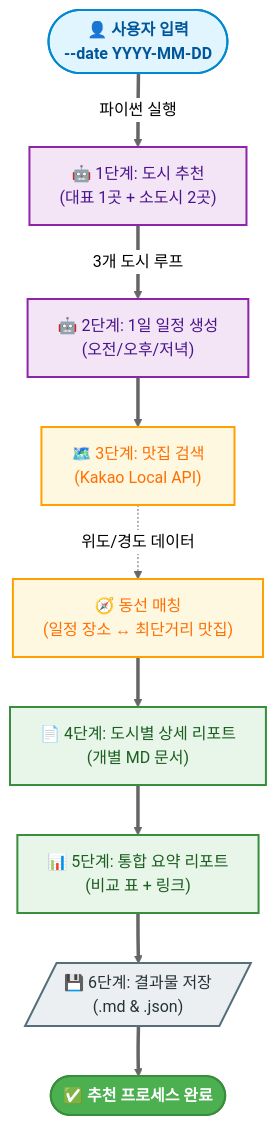
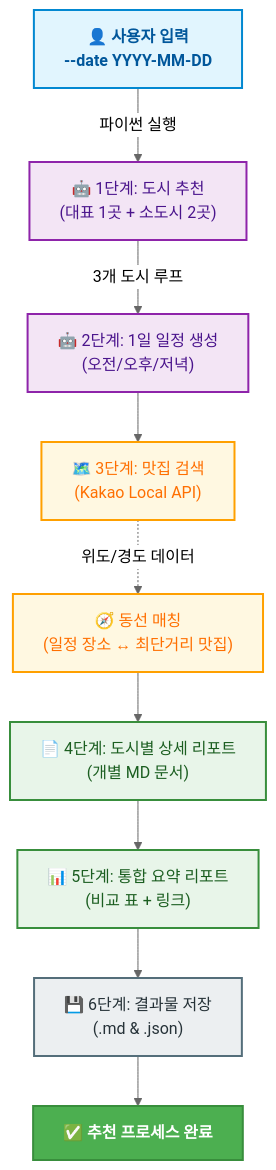
One commit to mustiolla/travel_planner changed the diagram in README.md. Above: the diagram before and after it, drawn with Mermaid (neutral theme).

Commit message:
fix: 흐름도 GitHub 렌더링 오류 추가 수정

````diff
--- a/README.md
+++ b/README.md
@@ -38,39 +38,35 @@
 ```mermaid
 flowchart TD
-    %% 커스텀 색상 및 스타일 정의
     classDef inputNode fill:#E1F5FE,stroke:#0288D1,stroke-width:2px,color:#01579B,font-weight:bold
     classDef aiNode fill:#F3E5F5,stroke:#8E24AA,stroke-width:2px,color:#4A148C
     classDef apiNode fill:#FFF8E1,stroke:#FFA000,stroke-width:2px,color:#FF6F00
     classDef docNode fill:#E8F5E9,stroke:#388E3C,stroke-width:2px,color:#1B5E20
     classDef saveNode fill:#ECEFF1,stroke:#546E7A,stroke-width:2px,color:#263238
     classDef endNode fill:#4CAF50,stroke:#388E3C,stroke-width:2px,color:#FFFFFF,font-weight:bold
 
-    %% 노드 정의
-    A([👤 사용자 입력<br/>--date YYYY-MM-DD])
+    A["👤 사용자 입력<br/>--date YYYY-MM-DD"]
     B["🤖 1단계: 도시 추천<br/>(대표 1곳 + 소도시 2곳)"]
     C["🤖 2단계: 1일 일정 생성<br/>(오전/오후/저녁)"]
     D["🗺️ 3단계: 맛집 검색<br/>(Kakao Local API)"]
     E["🧭 동선 매칭<br/>(일정 장소 ↔ 최단거리 맛집)"]
     F["📄 4단계: 도시별 상세 리포트<br/>(개별 MD 문서)"]
     G["📊 5단계: 통합 요약 리포트<br/>(비교 표 + 링크)"]
-    H[/"💾 6단계: 결과물 저장<br/>(.md & .json)"/]
-    I([✅ 추천 프로세스 완료])
+    H["💾 6단계: 결과물 저장<br/>(.md & .json)"]
+    I["✅ 추천 프로세스 완료"]
 
-    %% 스타일 적용
     class A inputNode
     class B,C aiNode
     class D,E apiNode
     class F,G docNode
     class H saveNode
     class I endNode
 
-    %% 연결선 (흐름)
-    A ==>|파이썬 실행| B
-    B ==>|3개 도시 루프| C
-    C ==> D
-    D -.->|위도/경도 데이터| E
-    E ==> F
-    F ==> G
-    G ==> H
-    H ==> I
+    A -->|파이썬 실행| B
+    B -->|3개 도시 루프| C
+    C --> D
+    D -. 위도/경도 데이터 .-> E
+    E --> F
+    F --> G
+    G --> H
+    H --> I
 ```
````
